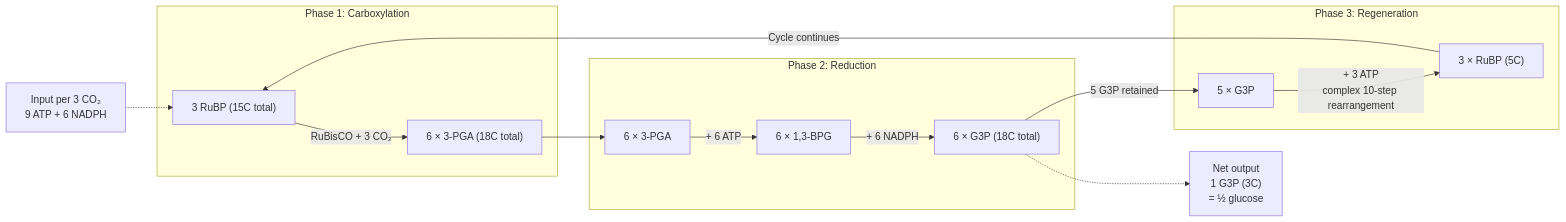
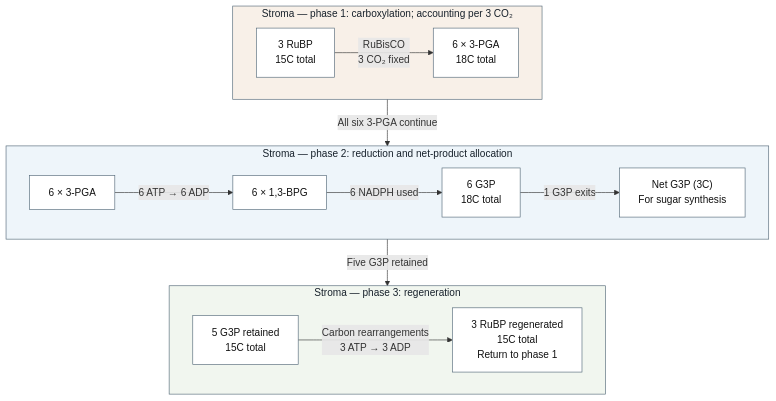
Before and after one commit to docxology/biology_textbook: the second of 6 diagrams in docs/manuscript/unit_III/photosynthesis.md, drawn with Mermaid. The commit also changed other lines of this file and 41 other files, not shown here.

````diff
--- a/docs/manuscript/unit_III/photosynthesis.md
+++ b/docs/manuscript/unit_III/photosynthesis.md
@@ -373,29 +373,28 @@
 ```mermaid
-flowchart LR
-    subgraph P1["Phase 1: Carboxylation"]
-        RuBP["3 RuBP (15C total)"]
-        PGA["6 × 3-PGA (18C total)"]
-        RuBP -->|"RuBisCO + 3 CO₂"| PGA
+---
+config:
+  layout: dagre
+---
+flowchart TB
+    subgraph P1["Stroma — phase 1: carboxylation; accounting per 3 CO₂"]
+        direction LR
+        RuBP["3 RuBP<br/>15C total"] -->|"RuBisCO<br/>3 CO₂ fixed"| PGA["6 × 3-PGA<br/>18C total"]
     end
-
-    subgraph P2["Phase 2: Reduction"]
-        PGA2["6 × 3-PGA"]
-        BPG["6 × 1,3-BPG"]
-        G3P["6 × G3P (18C total)"]
-        PGA2 -->|"+ 6 ATP"| BPG
-        BPG -->|"+ 6 NADPH"| G3P
+    subgraph P2["Stroma — phase 2: reduction and net-product allocation"]
+        direction LR
+        PGA2["6 × 3-PGA"] -->|"6 ATP → 6 ADP"| BPG["6 × 1,3-BPG"]
+        BPG -->|"6 NADPH used"| G3P["6 G3P<br/>18C total"]
+        G3P -->|"1 G3P exits"| Output["Net G3P (3C)<br/>For sugar synthesis"]
     end
-
-    subgraph P3["Phase 3: Regeneration"]
-        G3P2["5 × G3P"]
-        RuBP2["3 × RuBP (5C)"]
-        G3P2 -->|"+ 3 ATP<br/>complex 10-step rearrangement"| RuBP2
+    subgraph P3["Stroma — phase 3: regeneration"]
+        direction LR
+        G3P2["5 G3P retained<br/>15C total"] -->|"Carbon rearrangements<br/>3 ATP → 3 ADP"| RuBP2["3 RuBP regenerated<br/>15C total<br/>Return to phase 1"]
     end
-
-    PGA --> PGA2
-    G3P -->|"5 G3P retained"| G3P2
-    RuBP2 -->|"Cycle continues"| RuBP
-
-    Input["Input per 3 CO₂<br/>9 ATP + 6 NADPH"] -.-> RuBP
-    G3P -.-> Output["Net output<br/>1 G3P (3C)<br/>= ½ glucose"]
+    P1 -->|"All six 3-PGA continue"| P2
+    P2 -->|"Five G3P retained"| P3
+    classDef carbon fill:#ffffff,stroke:#526777,color:#111111
+    class RuBP,PGA,PGA2,BPG,G3P,Output,G3P2,RuBP2 carbon
+    style P1 fill:#f8f0e8,stroke:#526777,color:#17212b
+    style P2 fill:#eef5fa,stroke:#526777,color:#17212b
+    style P3 fill:#f1f6ef,stroke:#526777,color:#17212b
 ```
````
